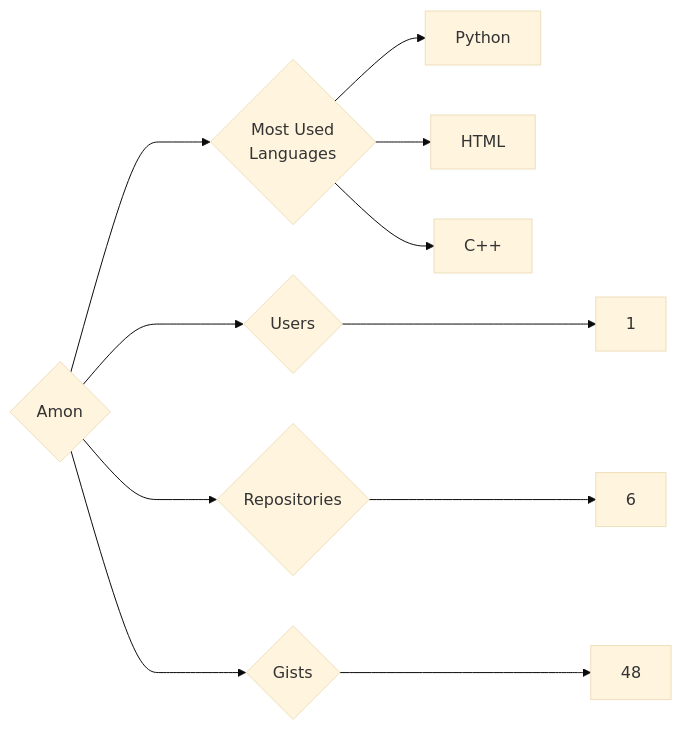
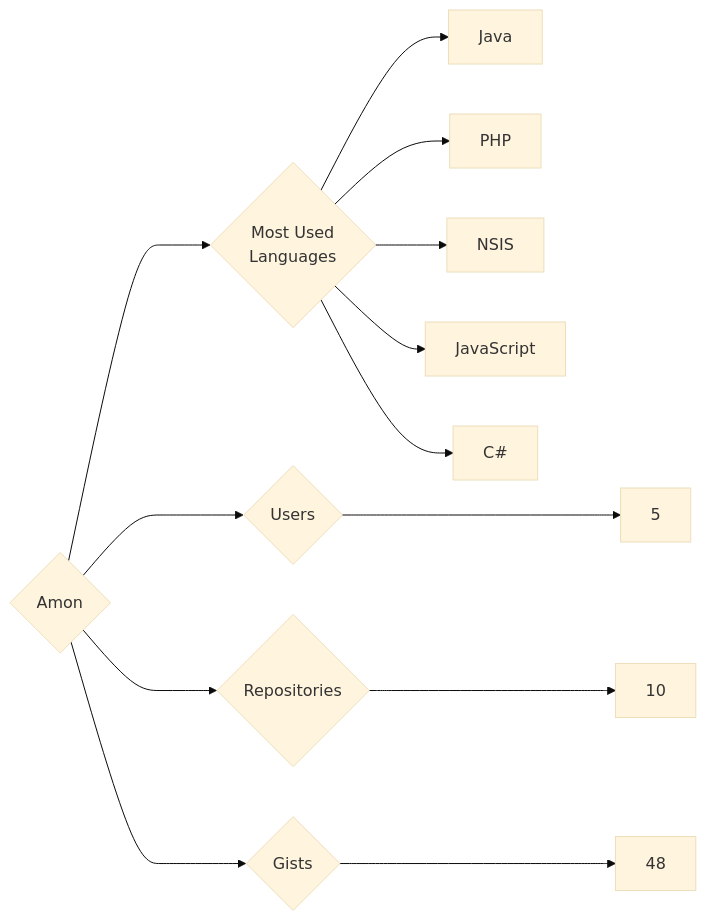
The diagram in targets/Amon/README.md (trickest/insiders), drawn with Mermaid (base theme) before and after one commit. The commit also changed 973 other files, not shown here.

````diff
--- a/targets/Amon/README.md
+++ b/targets/Amon/README.md
@@ -3,11 +3,13 @@
 ```mermaid
 graph LR
 COMPANY_NAME{Amon}
-COMPANY_NAME ---> U{Users} ---> UN[1]
-COMPANY_NAME ---> R{Repositories} ---> RN[6]
+COMPANY_NAME ---> U{Users} ---> UN[5]
+COMPANY_NAME ---> R{Repositories} ---> RN[10]
 COMPANY_NAME ---> G{Gists} ---> GN[48]
 COMPANY_NAME ---> ML{Most Used<br>Languages}
-ML --> Python[Python]
-ML --> HTML[HTML]
-ML --> C++[C++]
+ML --> Java[Java]
+ML --> PHP[PHP]
+ML --> NSIS[NSIS]
+ML --> JavaScript[JavaScript]
+ML --> C#[C#]
 ```
````
